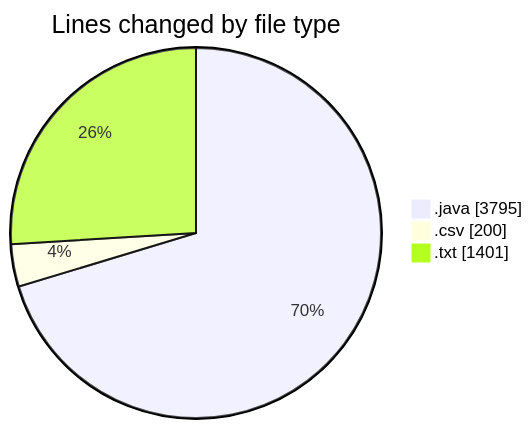
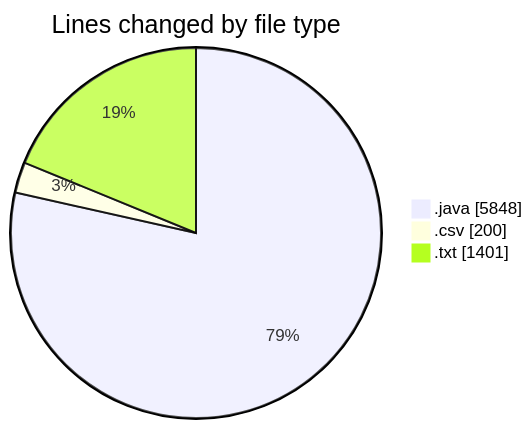
The first of 2 diagrams in 2026-03-24/cilapp/README.md (ricardozamudiocil/code-tracking), drawn with Mermaid before and after one commit. The commit also changed other lines of this file and 1 other file, not shown here.

````diff
--- a/2026-03-24/cilapp/README.md
+++ b/2026-03-24/cilapp/README.md
@@ -28,7 +29,7 @@
 ```mermaid
 pie showData
 title Lines changed by file type
-".java" : 3795
+".java" : 5848
 ".csv" : 200
 ".txt" : 1401
 ```
````
